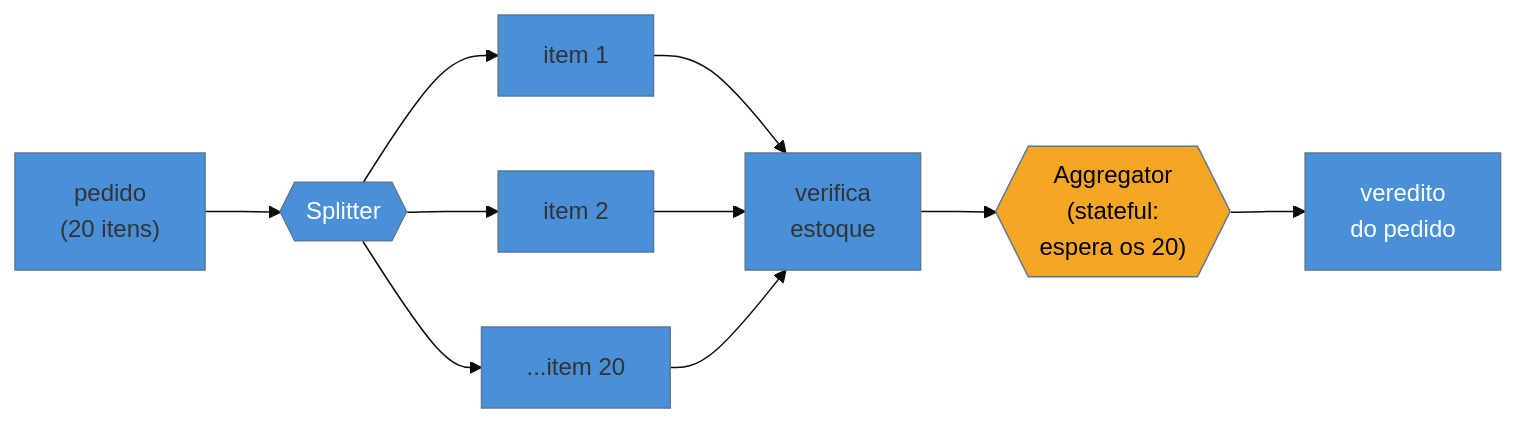
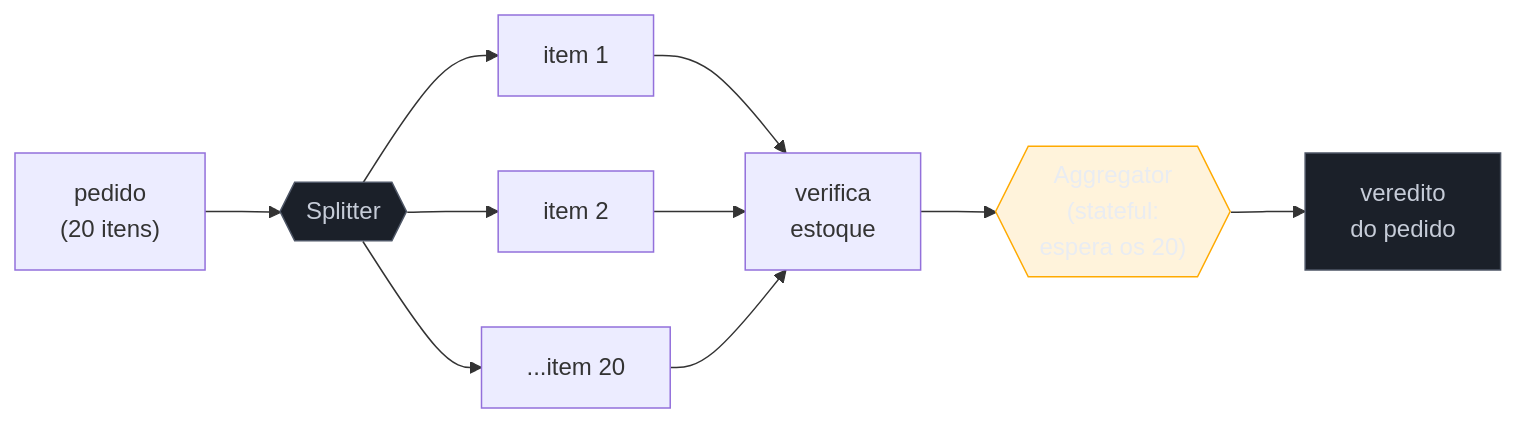
Before and after one commit to josenaldo/codex-technomanticus: the diagram in 03-Dominios/Engenharia/Design de Software/Padrões de Projeto/Integração Empresarial (EIP)/06 - Splitter + Aggregator.md, drawn with Mermaid. The commit also changed 1181 other files, not shown here.

First line of the commit message:
fix(diagramas): paleta do sistema no lugar de cor cravada no markdown

````diff
--- a/03-Dominios/Engenharia/Design de Software/Padrões de Projeto/Integração Empresarial (EIP)/06 - Splitter + Aggregator.md
+++ b/03-Dominios/Engenharia/Design de Software/Padrões de Projeto/Integração Empresarial (EIP)/06 - Splitter + Aggregator.md
@@ -36,14 +36,15 @@
 ```mermaid
-%%{init: {"theme": "base", "themeVariables": {"primaryColor": "#4A90D9"}}}%%
 graph LR
+    classDef neutro fill:#1B2029,stroke:#4E5666,color:#C6CCD8
+    classDef destaque fill:#FFAA0024,stroke:#FFAA00,color:#E9ECF2
     P["pedido<br/>(20 itens)"] --> S{{"Splitter"}}
     S --> I1["item 1"] --> PR["verifica<br/>estoque"]
     S --> I2["item 2"] --> PR
     S --> I3["...item 20"] --> PR
     PR --> AG{{"Aggregator<br/>(stateful:<br/>espera os 20)"}}
     AG --> R["veredito<br/>do pedido"]
 
-    style S fill:#4A90D9,color:#fff
-    style AG fill:#F5A623,color:#000
-    style R fill:#4A90D9,color:#fff
+    class S neutro
+    class AG destaque
+    class R neutro
 ```
````
